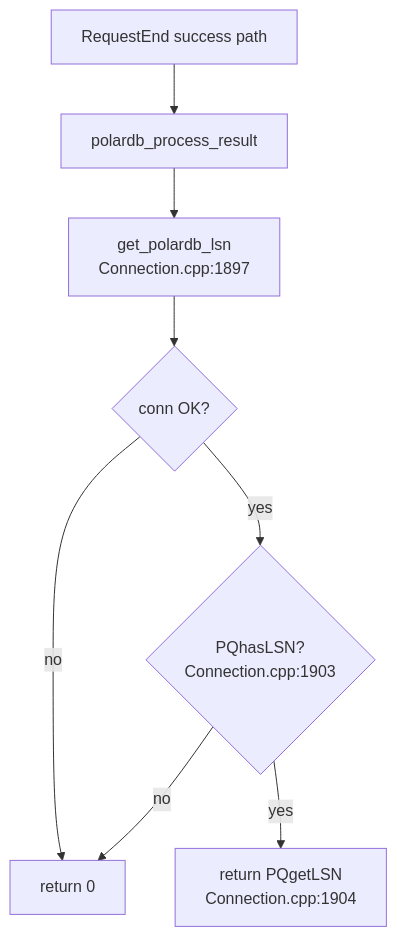
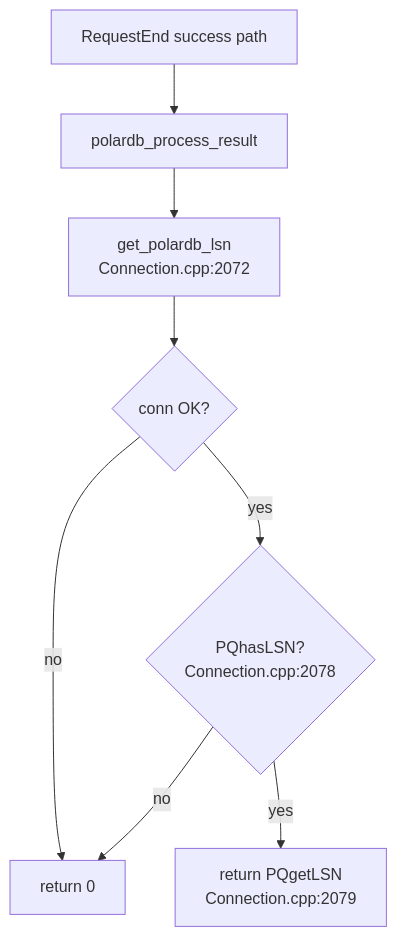
The fourth of 4 diagrams in doc/polardb-arch/11-CONNECTION-AND-LIBPQ.md (awide-labs/polar-proxy), drawn with Mermaid before and after one commit. The commit also changed other lines of this file and 29 other files, not shown here.

First line of the commit message:
docs(polardb): document v15_wait extended query flow

````diff
--- a/doc/polardb-arch/11-CONNECTION-AND-LIBPQ.md
+++ b/doc/polardb-arch/11-CONNECTION-AND-LIBPQ.md
@@ -547,10 +563,10 @@
 ```mermaid
 flowchart TD
   A[RequestEnd success path] --> B[polardb_process_result<br/>]
-  B --> C[get_polardb_lsn<br/>Connection.cpp:1897]
+  B --> C[get_polardb_lsn<br/>Connection.cpp:2072]
   C --> D{conn OK?}
   D -- no --> Z[return 0]
-  D -- yes --> E{PQhasLSN?<br/>Connection.cpp:1903}
-  E -- yes --> F[return PQgetLSN<br/>Connection.cpp:1904]
+  D -- yes --> E{PQhasLSN?<br/>Connection.cpp:2078}
+  E -- yes --> F[return PQgetLSN<br/>Connection.cpp:2079]
   E -- no --> Z
 ```
````
